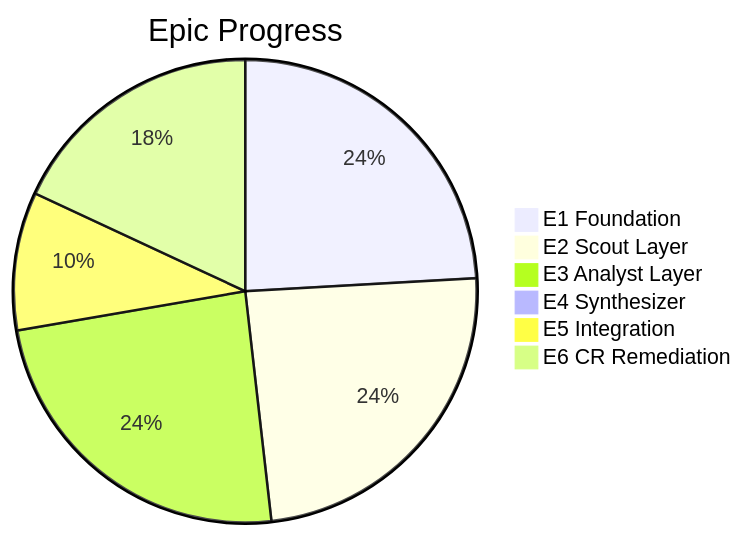
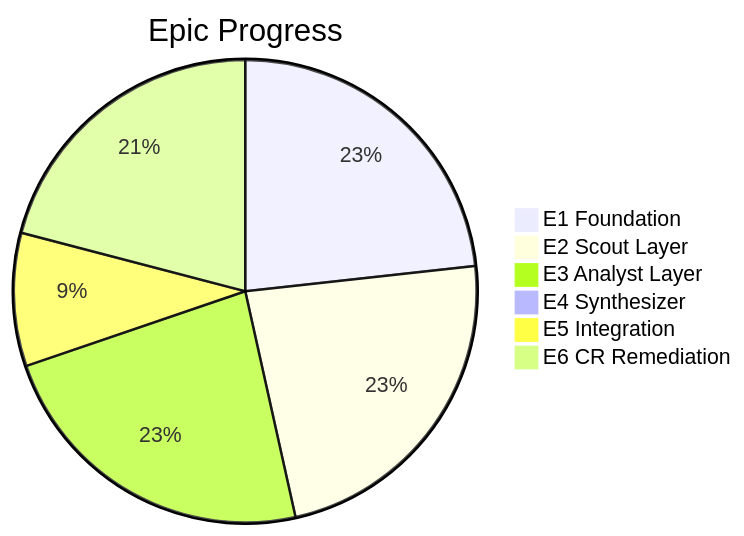
One commit to Hams-Ollo/open-sousveillance-studio changed the first of 3 diagrams in docs/PROJECT_MANAGEMENT.md. Above: the diagram before and after it, drawn with Mermaid. The commit also changed other lines of this file and 15 other files, not shown here.

````diff
--- a/docs/PROJECT_MANAGEMENT.md
+++ b/docs/PROJECT_MANAGEMENT.md
@@ -53,9 +53,9 @@
 ```mermaid
 pie title Epic Progress
     "E1 Foundation" : 100
     "E2 Scout Layer" : 100
     "E3 Analyst Layer" : 100
     "E4 Synthesizer" : 0
     "E5 Integration" : 40
-    "E6 CR Remediation" : 75
+    "E6 CR Remediation" : 90
 ```
````
